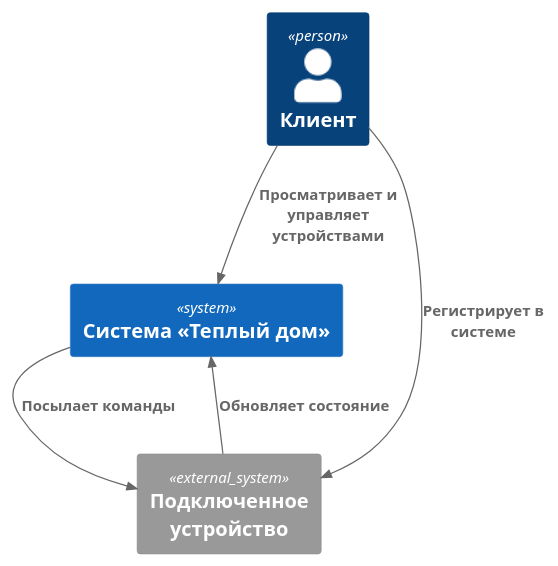
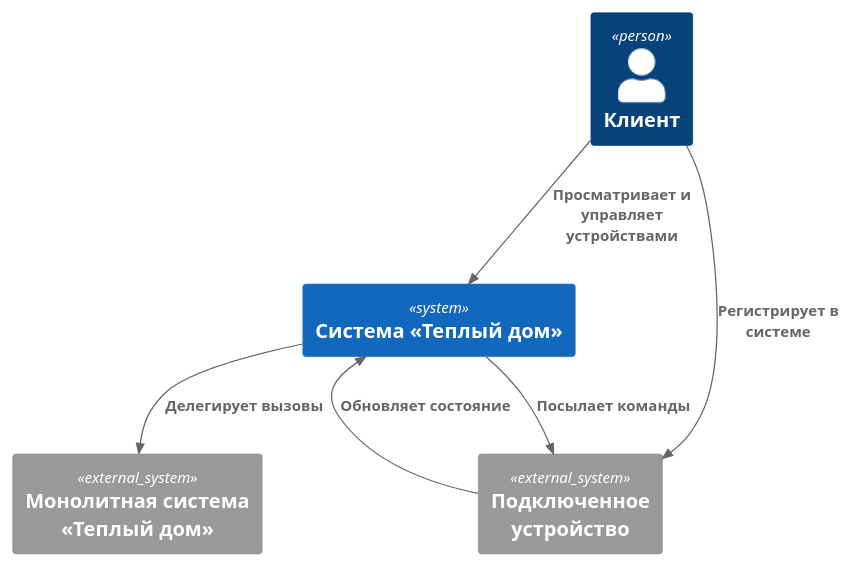
One commit to JohnnyKikman/architecture-pro-warmhouse changed the diagram in docs/diagrams/context/Warmhouse_to_be.puml. Above: the diagram before and after it, drawn with PlantUML. The commit also changed 3 other files, not shown here.

Commit message:
Fixed minor issues with C4 diagrams

```diff
--- a/docs/diagrams/context/Warmhouse_to_be.puml
+++ b/docs/diagrams/context/Warmhouse_to_be.puml
@@ -1,13 +1,15 @@
 @startuml
 !include https://raw.githubusercontent.com/plantuml-stdlib/C4-PlantUML/refs/heads/master/C4_Context.puml
 
 Person(user, "Клиент")
 System(warmhouse, "Система «Теплый дом»")
 System_Ext(sensor, "Подключенное устройство")
+System_Ext(monolithWarmhouse, "Монолитная система «Теплый дом»")
 
 Rel(user, warmhouse, "Просматривает и управляет устройствами")
 Rel(warmhouse, sensor, "Посылает команды")
+Rel(warmhouse, monolithWarmhouse, "Делегирует вызовы")
 Rel(sensor, warmhouse, "Обновляет состояние")
 Rel(user, sensor, "Регистрирует в системе")
 
 @enduml
```
